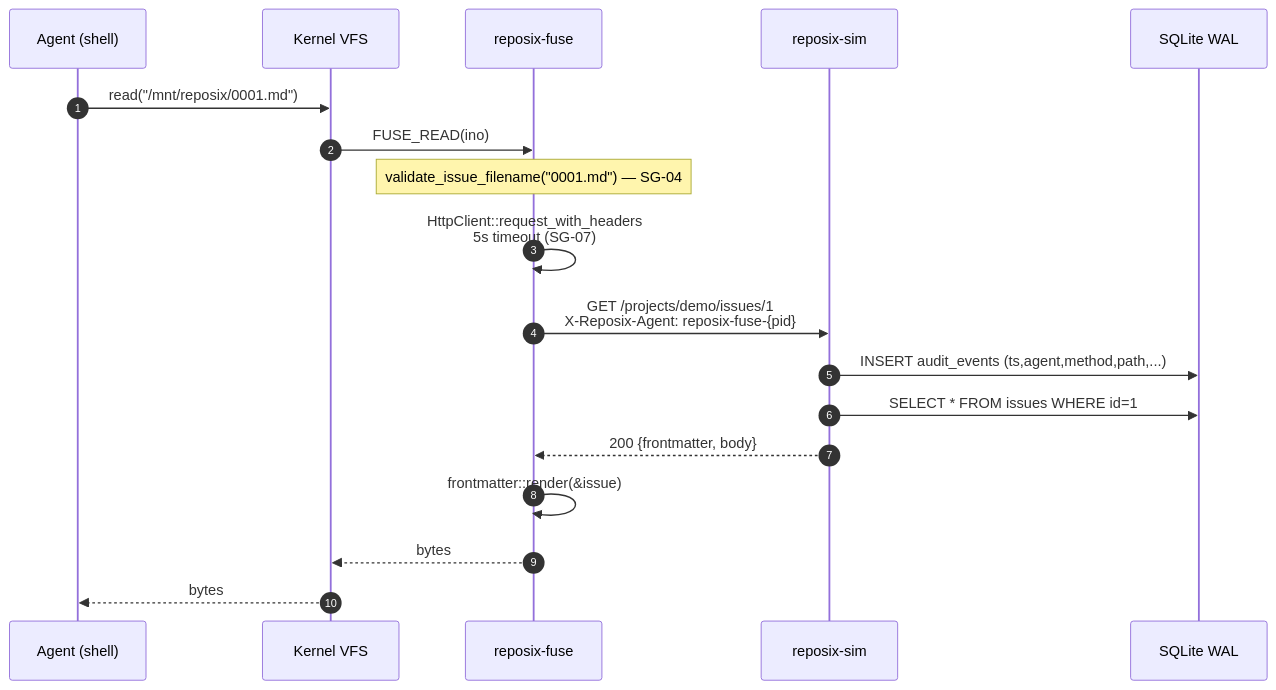
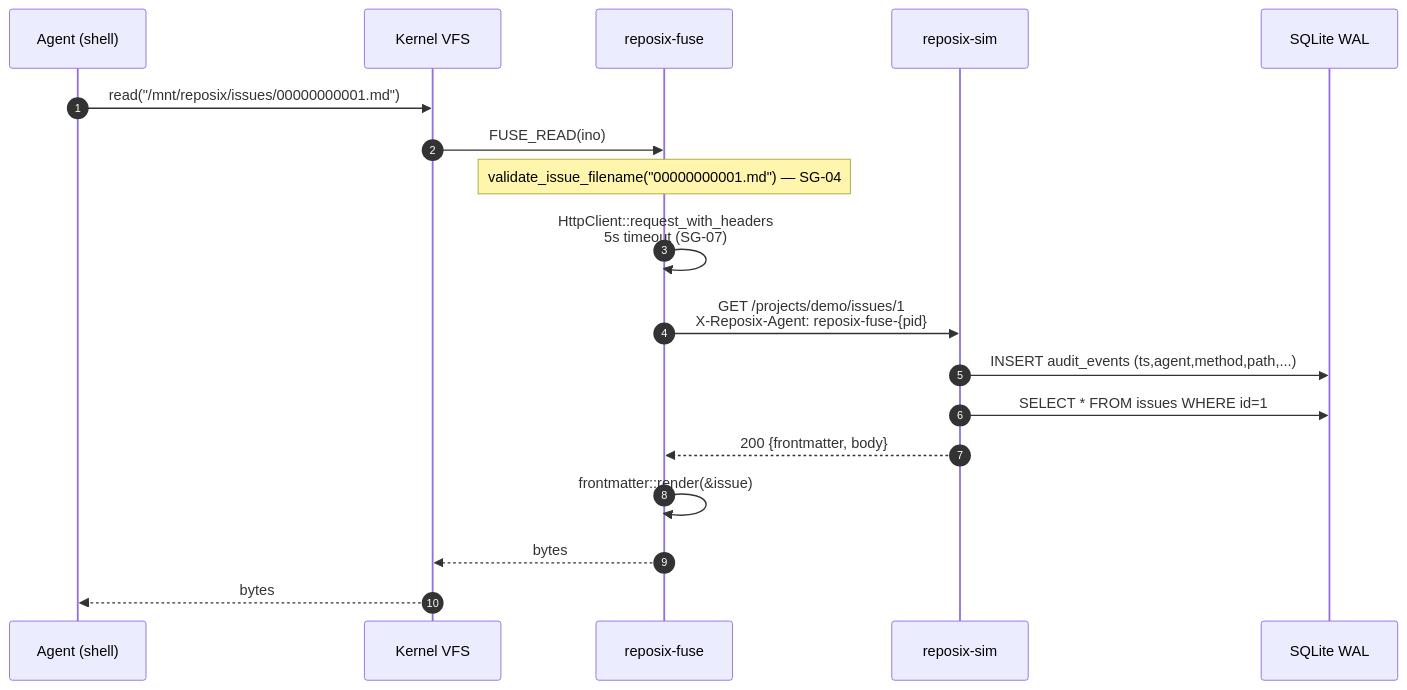
Before and after one commit to reubenjohn/reposix: the third of 7 diagrams in docs/architecture.md, drawn with Mermaid. The commit also changed other lines of this file and 5 other files, not shown here.

First line of the commit message:
docs(13-D1): migrate walkthroughs + architecture diagrams to nested layout

````diff
--- a/docs/architecture.md
+++ b/docs/architecture.md
@@ -84,20 +84,20 @@
 ```mermaid
 sequenceDiagram
   autonumber
   participant A as Agent (shell)
   participant K as Kernel VFS
   participant F as reposix-fuse
   participant S as reposix-sim
   participant D as SQLite WAL
-  A->>K: read("/mnt/reposix/0001.md")
+  A->>K: read("/mnt/reposix/issues/00000000001.md")
   K->>F: FUSE_READ(ino)
-  Note over F: validate_issue_filename("0001.md") — SG-04
+  Note over F: validate_issue_filename("00000000001.md") — SG-04
   F->>F: HttpClient::request_with_headers<br/>5s timeout (SG-07)
   F->>S: GET /projects/demo/issues/1<br/>X-Reposix-Agent: reposix-fuse-{pid}
   S->>D: INSERT audit_events (ts,agent,method,path,...)
   S->>D: SELECT * FROM issues WHERE id=1
   S-->>F: 200 {frontmatter, body}
   F->>F: frontmatter::render(&issue)
   F-->>K: bytes
   K-->>A: bytes
 ```
````
